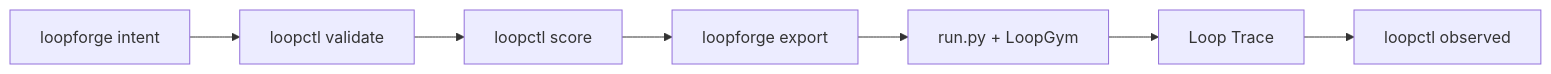
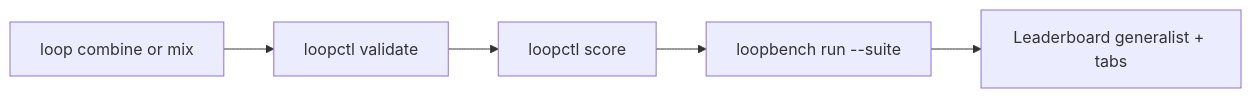
The diagram in contributions/GOLDEN_PATH.md (KanakMalpani/Loop-Engineering), drawn with Mermaid before and after one commit. The commit also changed other lines of this file and 80 other files, not shown here.

````diff
--- a/contributions/GOLDEN_PATH.md
+++ b/contributions/GOLDEN_PATH.md
@@ -15,9 +15,7 @@
 ```mermaid
 flowchart LR
-  Intent[loopforge intent] --> Validate[loopctl validate]
+  Combine[loop combine or mix] --> Validate[loopctl validate]
   Validate --> Score[loopctl score]
-  Score --> Export[loopforge export]
-  Export --> Run[run.py + LoopGym]
-  Run --> Trace[Loop Trace]
-  Trace --> Observed[loopctl observed]
+  Score --> Suite[loopbench run --suite]
+  Suite --> Board[Leaderboard generalist + tabs]
 ```
````
